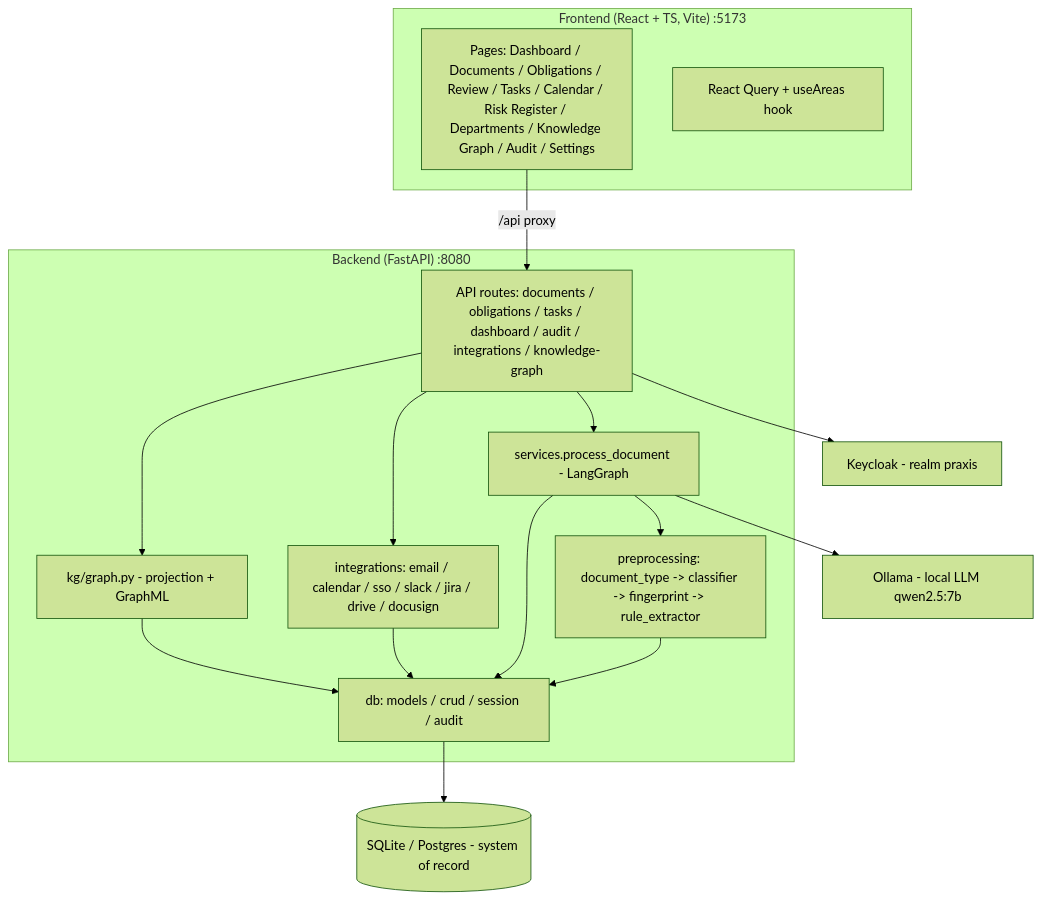
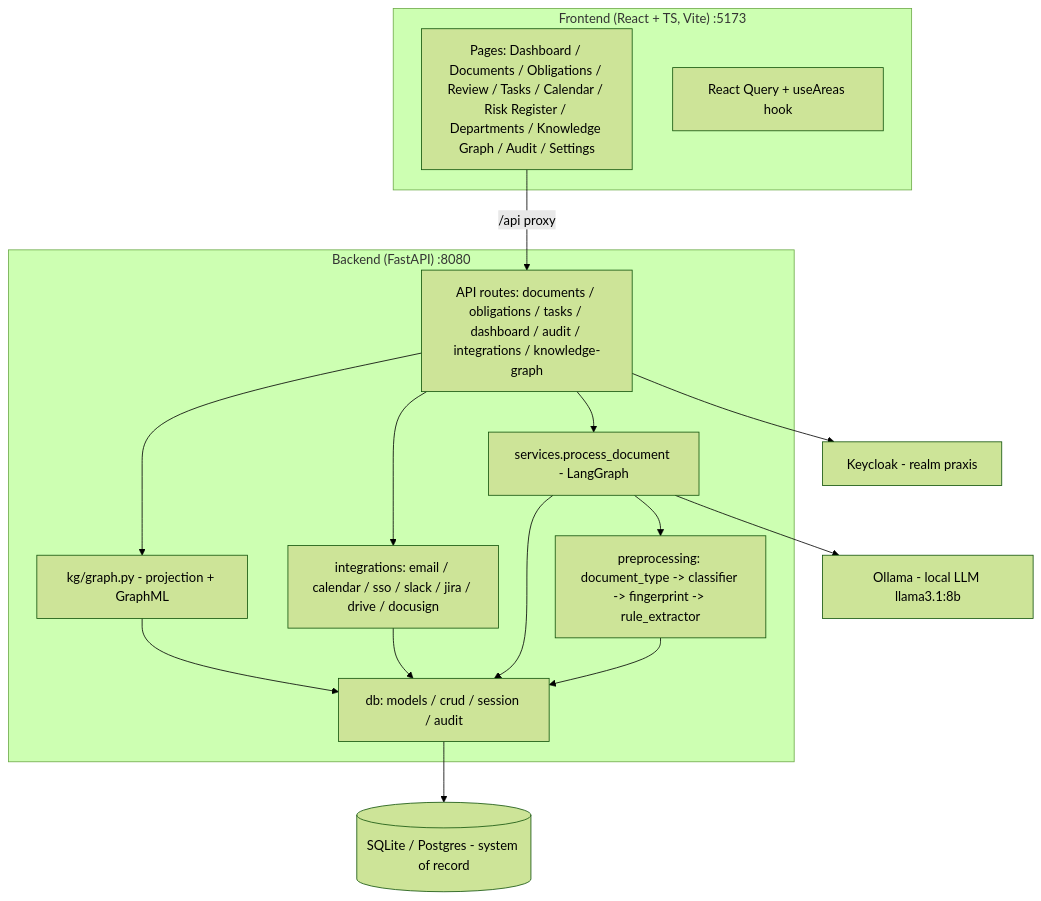
One commit to HoomanBuilds/praxis changed the diagram in diagrams/architecture.mmd. Above: the diagram before and after it, drawn with Mermaid (forest theme). The commit also changed 8 other files, not shown here.

First line of the commit message:
docs: refresh root README for submission state; correct LLM default to llama3.1:8b

```diff
--- a/diagrams/architecture.mmd
+++ b/diagrams/architecture.mmd
@@ -1,31 +1,31 @@
 flowchart TB
     subgraph FE["Frontend (React + TS, Vite) :5173"]
         P[Pages: Dashboard / Documents / Obligations / Review / Tasks / Calendar / Risk Register / Departments / Knowledge Graph / Audit / Settings]
         Q[React Query + useAreas hook]
     end
 
     subgraph BE["Backend (FastAPI) :8080"]
         API[API routes: documents / obligations / tasks / dashboard / audit / integrations / knowledge-graph]
         ORCH[services.process_document - LangGraph]
         FUNNEL[preprocessing: document_type -> classifier -> fingerprint -> rule_extractor]
         INT[integrations: email / calendar / sso / slack / jira / drive / docusign]
         KG[kg/graph.py - projection + GraphML]
         DB[db: models / crud / session / audit]
     end
 
-    LLM[Ollama - local LLM qwen2.5:7b]
+    LLM[Ollama - local LLM llama3.1:8b]
     STORE[(SQLite / Postgres - system of record)]
     IDP[Keycloak - realm praxis]
 
     P -->|/api proxy| API
     API --> ORCH
     ORCH --> FUNNEL
     ORCH --> LLM
     FUNNEL --> DB
     ORCH --> DB
     API --> INT
     INT --> DB
     KG --> DB
     API --> KG
     API --> IDP
     DB --> STORE
```
